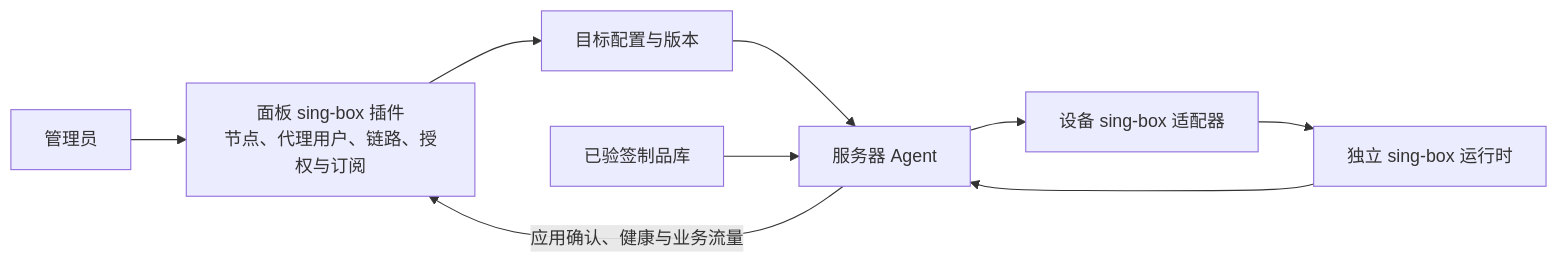
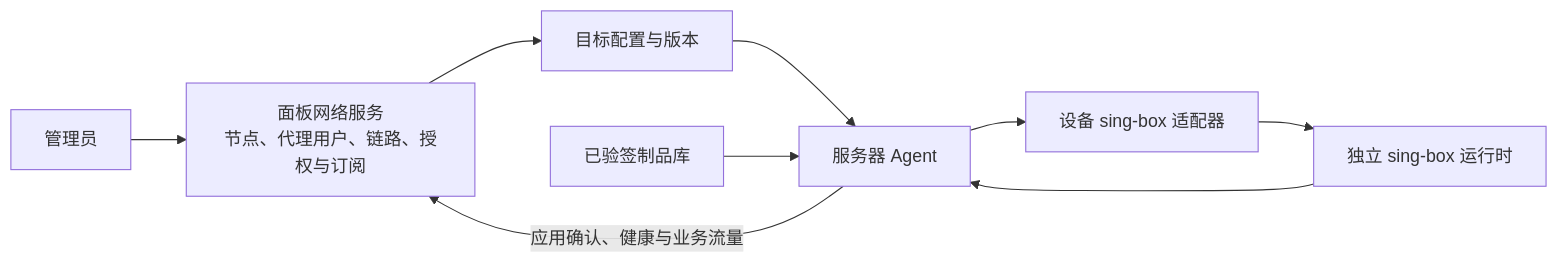
One commit to theLucius7/apsp changed the diagram in docs/singbox-installation.md. Above: the diagram before and after it, drawn with Mermaid. The commit also changed other lines of this file and 221 other files, not shown here.

````diff
--- a/docs/singbox-installation.md
+++ b/docs/singbox-installation.md
@@ -5,11 +5,11 @@
 ```mermaid
 flowchart LR
-  A[管理员] --> P["面板 sing-box 插件<br/>节点、代理用户、链路、授权与订阅"]
+  A[管理员] --> P["面板网络服务<br/>节点、代理用户、链路、授权与订阅"]
   P --> C[目标配置与版本]
   C --> G[服务器 Agent]
   R[已验签制品库] --> G
   G --> S[设备 sing-box 适配器]
   S --> B[独立 sing-box 运行时]
   B --> G
   G -->|应用确认、健康与业务流量| P
 ```
````
